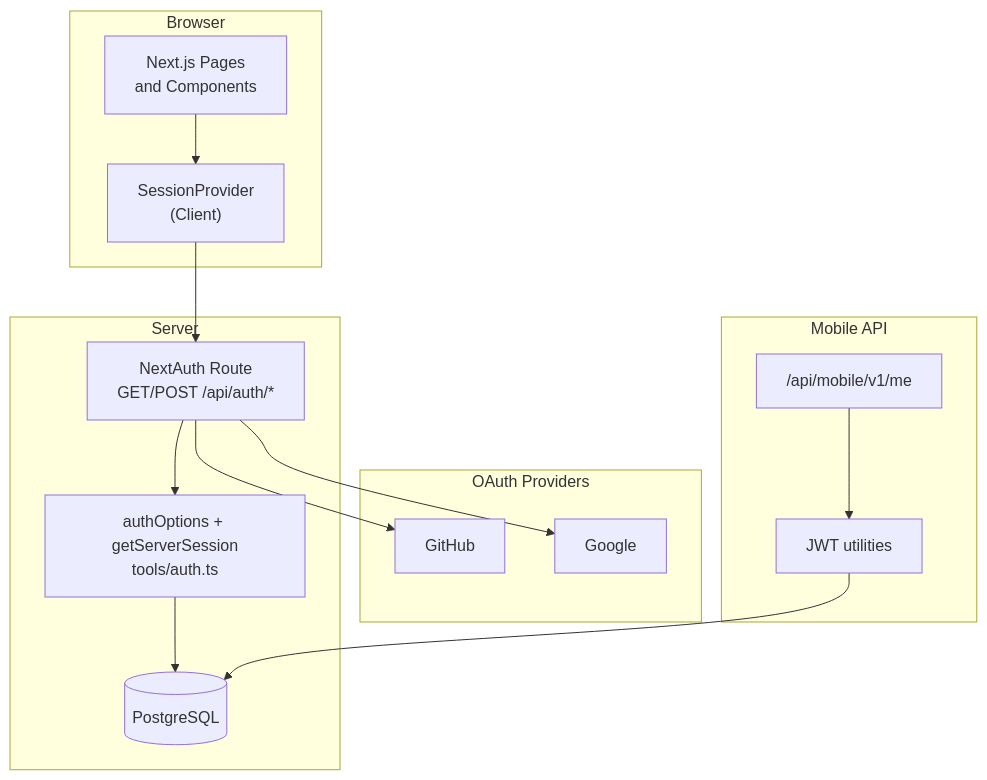
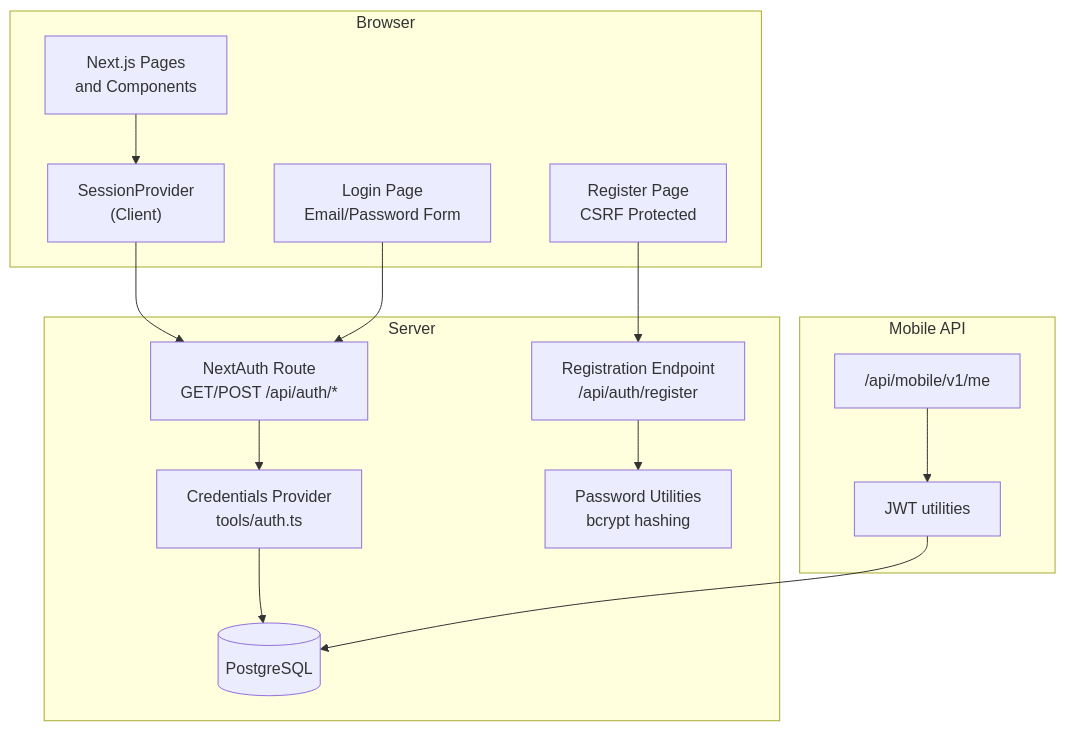
One commit to Dezzpil/meingym changed the first of 8 diagrams in .qoder/repowiki/en/content/Authentication and Authorization.md. Above: the diagram before and after it, drawn with Mermaid. The commit also changed other lines of this file and 5 other files, not shown here.

````diff
--- a/.qoder/repowiki/en/content/Authentication and Authorization.md
+++ b/.qoder/repowiki/en/content/Authentication and Authorization.md
@@ -39,28 +51,29 @@
 ```mermaid
 graph TB
 subgraph "Browser"
 UI["Next.js Pages<br/>and Components"]
 SP["SessionProvider<br/>(Client)"]
+LP["Login Page<br/>Email/Password Form"]
+RP["Register Page<br/>CSRF Protected"]
 end
 subgraph "Server"
 NA["NextAuth Route<br/>GET/POST /api/auth/*"]
-AUTH["authOptions + getServerSession<br/>tools/auth.ts"]
+REG["Registration Endpoint<br/>/api/auth/register"]
+AUTH["Credentials Provider<br/>tools/auth.ts"]
+PW["Password Utilities<br/>bcrypt hashing"]
 DB[(PostgreSQL)]
-end
-subgraph "OAuth Providers"
-GH["GitHub"]
-GG["Google"]
 end
 subgraph "Mobile API"
 ME["/api/mobile/v1/me"]
 JWT["JWT utilities"]
 end
 UI --> SP
 SP --> NA
+LP --> NA
+RP --> REG
 NA --> AUTH
+REG --> PW
 AUTH --> DB
-NA --> GH
-NA --> GG
 ME --> JWT
 JWT --> DB
 ```
````
